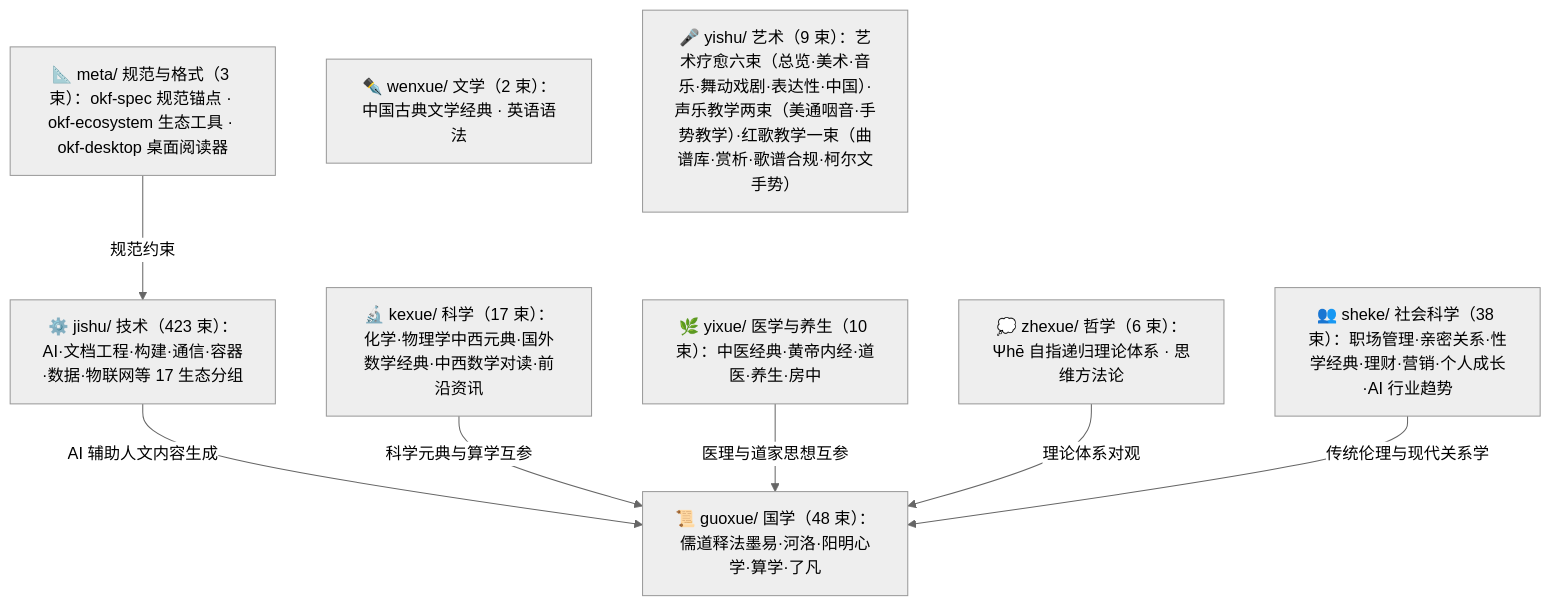
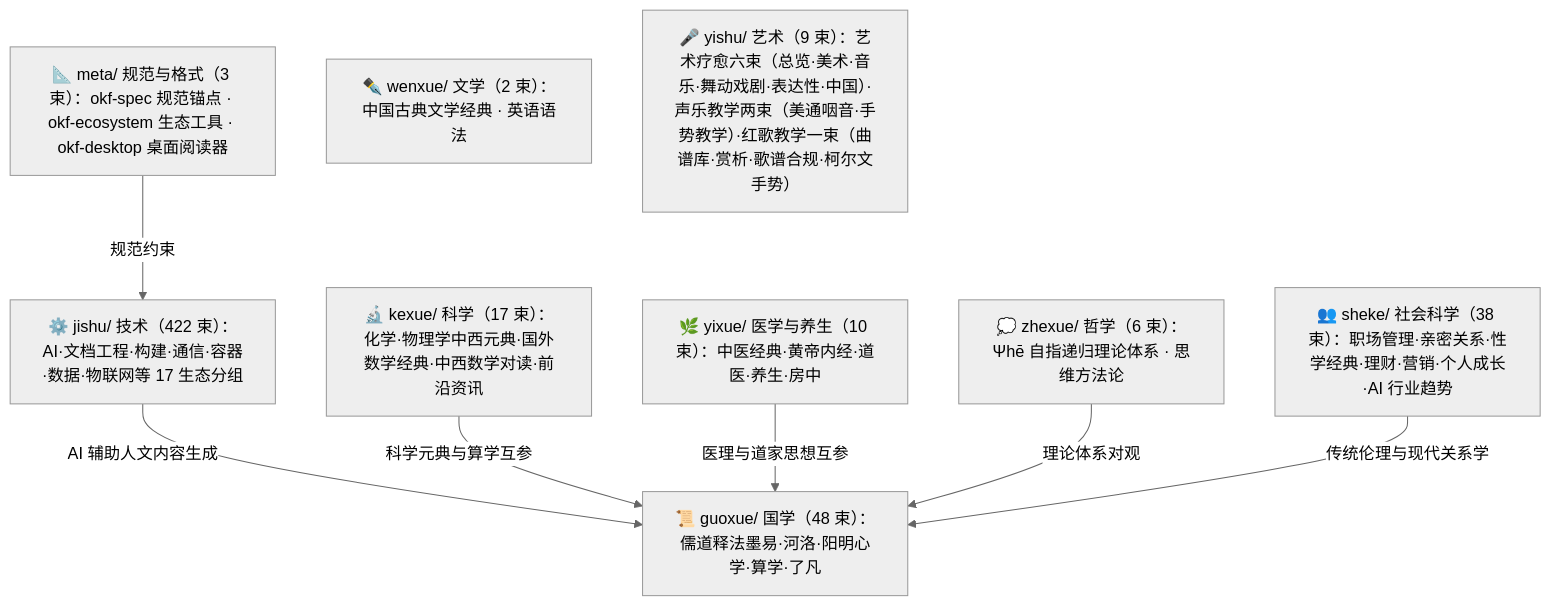
The diagram in doc/bundles/index.md (awesome-flexloop/awesome-okf), drawn with Mermaid (neutral theme) before and after one commit. The commit also changed other lines of this file and 9 other files, not shown here.

````diff
--- a/doc/bundles/index.md
+++ b/doc/bundles/index.md
@@ -21,18 +21,18 @@
 ```mermaid
 flowchart TD
     meta["📐 meta/ 规范与格式（3 束）：okf-spec 规范锚点 · okf-ecosystem 生态工具 · okf-desktop 桌面阅读器"]
     guoxue["📜 guoxue/ 国学（48 束）：儒道释法墨易·河洛·阳明心学·算学·了凡"]
     zhexue["💭 zhexue/ 哲学（6 束）：Ψhē 自指递归理论体系 · 思维方法论"]
     kexue["🔬 kexue/ 科学（17 束）：化学·物理学中西元典·国外数学经典·中西数学对读·前沿资讯"]
     wenxue["✒️ wenxue/ 文学（2 束）：中国古典文学经典 · 英语语法"]
     yixue["🌿 yixue/ 医学与养生（10 束）：中医经典·黄帝内经·道医·养生·房中"]
     sheke["👥 sheke/ 社会科学（38 束）：职场管理·亲密关系·性学经典·理财·营销·个人成长·AI 行业趋势"]
     yishu["🎤 yishu/ 艺术（9 束）：艺术疗愈六束（总览·美术·音乐·舞动戏剧·表达性·中国）·声乐教学两束（美通咽音·手势教学）·红歌教学一束（曲谱库·赏析·歌谱合规·柯尔文手势）"]
-    jishu["⚙️ jishu/ 技术（423 束）：AI·文档工程·构建·通信·容器·数据·物联网等 17 生态分组"]
+    jishu["⚙️ jishu/ 技术（422 束）：AI·文档工程·构建·通信·容器·数据·物联网等 17 生态分组"]
     meta -->|"规范约束"| jishu
     jishu -->|"AI 辅助人文内容生成"| guoxue
     kexue -->|"科学元典与算学互参"| guoxue
     yixue -->|"医理与道家思想互参"| guoxue
     zhexue -->|"理论体系对观"| guoxue
     sheke -->|"传统伦理与现代关系学"| guoxue
 ```
````
